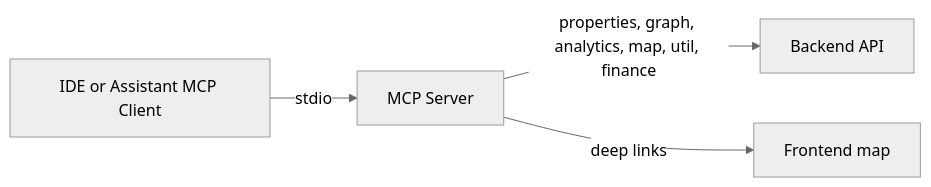
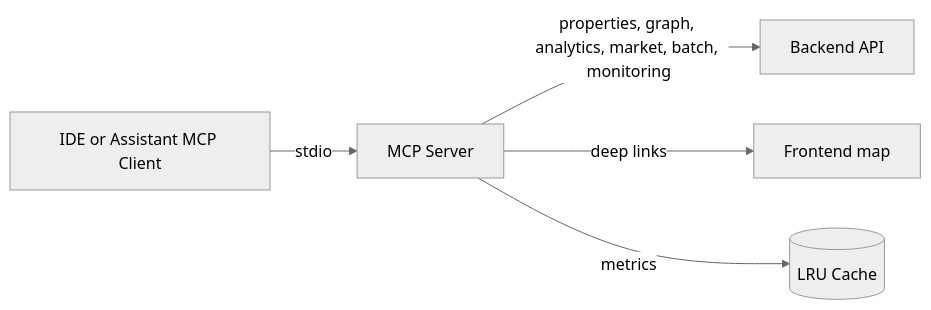
Before and after one commit to sisterai/estate-assistant-system: the third of 10 diagrams in README.md, drawn with Mermaid (neutral theme). The commit also changed other lines of this file and 6 other files, not shown here.

Commit message:
feat(market, batch, monitoring): add new tools for market analysis, batch operations, and monitoring metrics

````diff
--- a/README.md
+++ b/README.md
@@ -1017,6 +1037,7 @@
 ```mermaid
 flowchart LR
   Client[IDE or Assistant MCP Client] -- stdio --> Server[MCP Server]
-  Server -->|properties, graph, analytics, map, util, finance| API[Backend API]
+  Server -->|properties, graph, analytics, market, batch, monitoring| API[Backend API]
   Server -->|deep links| Frontend[Frontend map]
+  Server -->|metrics| Cache[(LRU Cache)]
 ```
````
